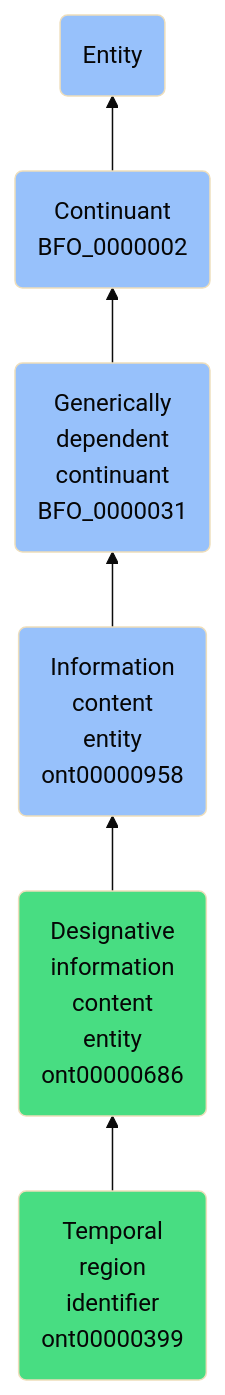
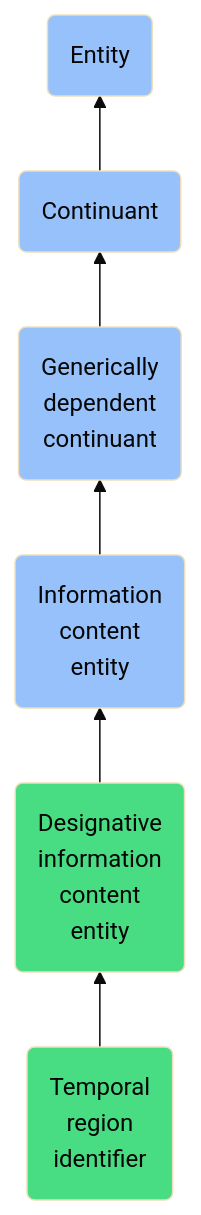
One commit to jupyter-naas/abi changed the diagram in docs/ontology/reference/model/Entity/Continuant/Generically dependent continuant/Information content entity/Designative information content entity/Temporal region identifier/Temporal region identifier.md. Above: the diagram before and after it, drawn with Mermaid (base theme). The commit also changed other lines of this file and 1430 other files, not shown here.

````diff
--- a/docs/ontology/reference/model/Entity/Continuant/Generically dependent continuant/Information content entity/Designative information content entity/Temporal region identifier/Temporal region identifier.md
+++ b/docs/ontology/reference/model/Entity/Continuant/Generically dependent continuant/Information content entity/Designative information content entity/Temporal region identifier/Temporal region identifier.md
@@ -24,13 +24,13 @@
 ```mermaid
 graph BT
-    ont00000399(Temporal<br>region<br>identifier<br>ont00000399):::ABI-->ont00000686
-    ont00000686(Designative<br>information<br>content<br>entity<br>ont00000686):::ABI-->ont00000958
-    ont00000958(Information<br>content<br>entity<br>ont00000958):::BFO-->BFO_0000031
-    BFO_0000031(Generically<br>dependent<br>continuant<br>BFO_0000031):::BFO-->BFO_0000002
-    BFO_0000002(Continuant<br>BFO_0000002):::BFO-->BFO_0000001
+    ont00000399(Temporal<br>region<br>identifier):::ABI-->ont00000686
+    ont00000686(Designative<br>information<br>content<br>entity):::ABI-->ont00000958
+    ont00000958(Information<br>content<br>entity):::BFO-->BFO_0000031
+    BFO_0000031(Generically<br>dependent<br>continuant):::BFO-->BFO_0000002
+    BFO_0000002(Continuant):::BFO-->BFO_0000001
     BFO_0000001(Entity):::BFO
     
     classDef BFO fill:#97c1fb,color:#060606
     classDef CCO fill:#e4c51e,color:#060606
     classDef ABI fill:#48DD82,color:#060606
 ```
````
